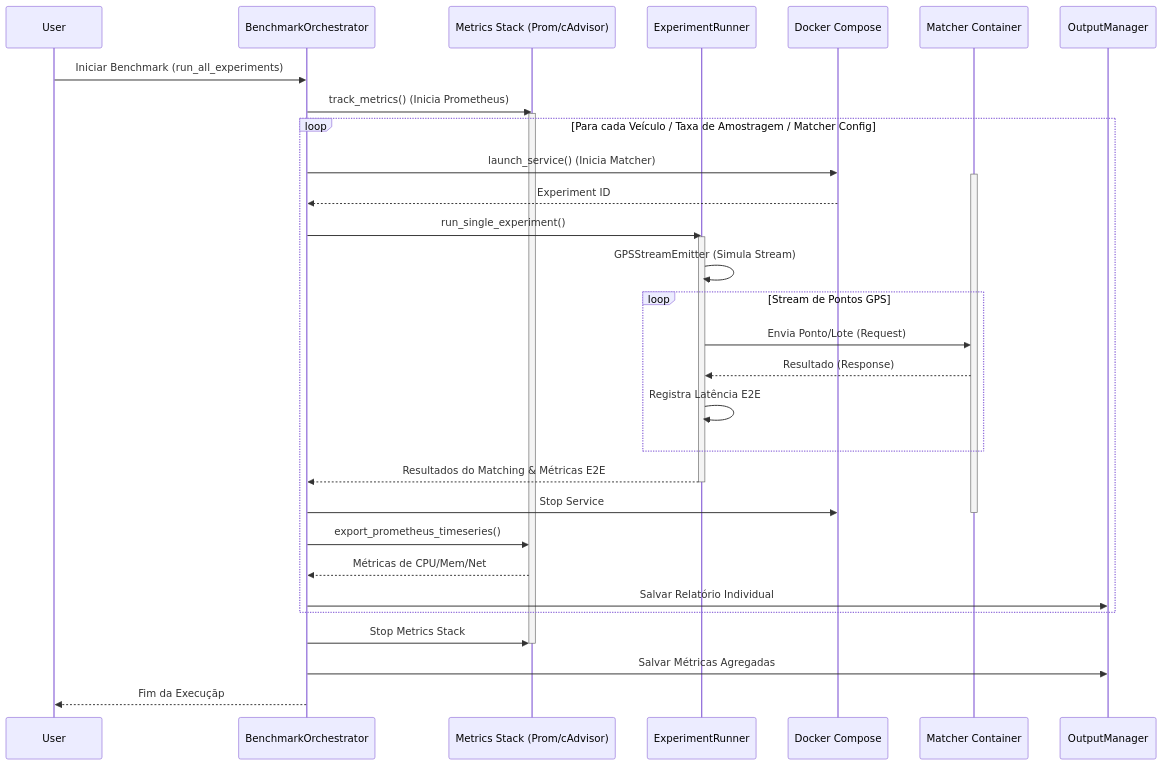
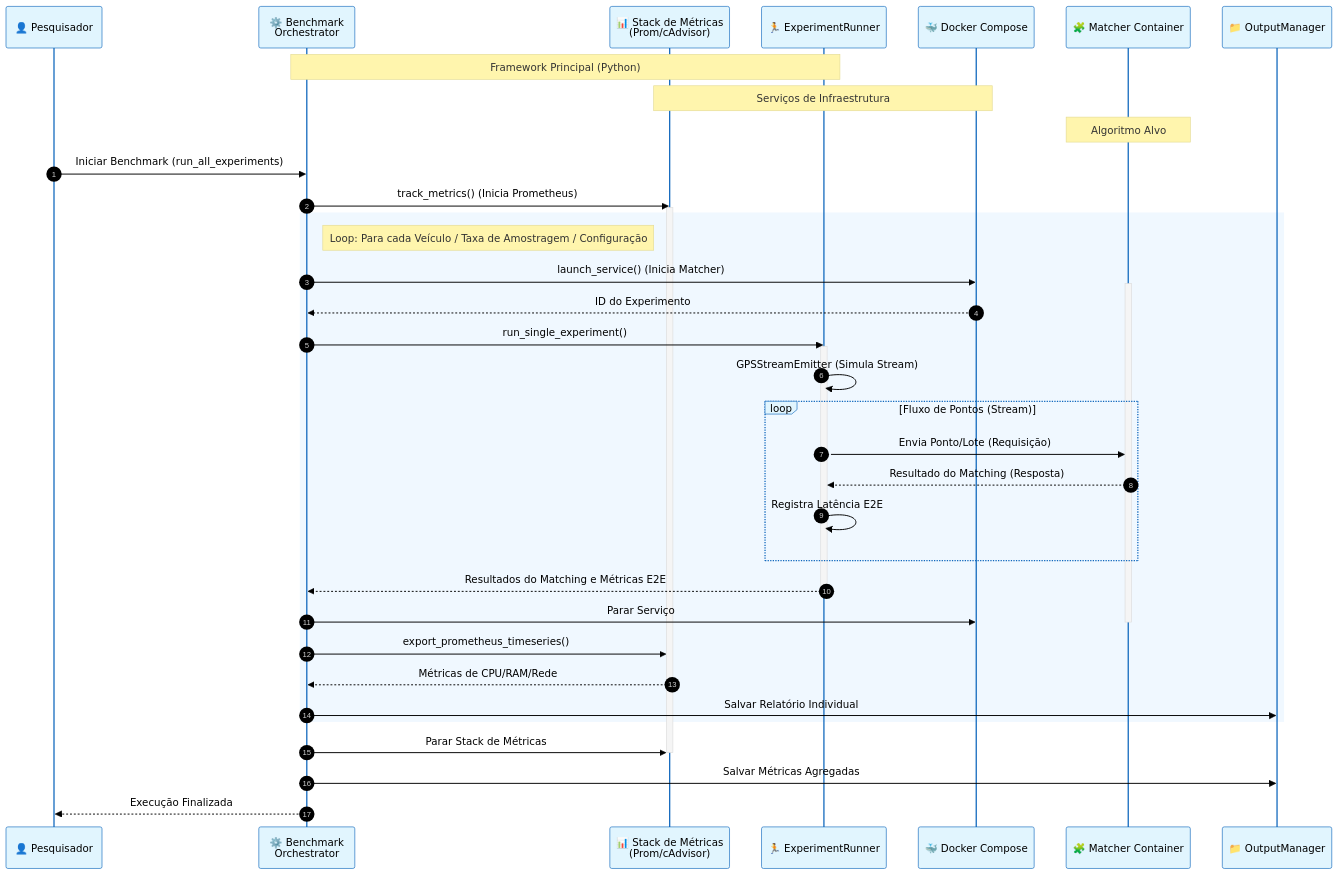
One commit to JoseEdSouza/map-matching changed the first of 6 diagrams in ARQUITETURA.md. Above: the diagram before and after it, drawn with Mermaid. The commit also changed other lines of this file and 2 other files, not shown here.

Commit message:
refactor(gitignore): adiciona regra para ignorar arquivos parciais de métricas refactor(ARQUITETURA.md): atualiza diagramas e legendas para melhor clareza e legibilidade fix(uv.lock): atualiza referência da biblioteca mmlib para o commit mais recente

````diff
--- a/ARQUITETURA.md
+++ b/ARQUITETURA.md
@@ -48,44 +48,67 @@
 ```mermaid
+%%{init: { 'theme': 'base', 'themeVariables': {
+    'primaryColor': '#e1f5fe',
+    'primaryTextColor': '#000',
+    'primaryBorderColor': '#1168bd',
+    'lineColor': '#333',
+    'secondaryColor': '#f5f5f5',
+    'tertiaryColor': '#fff'
+} } }%%
+
 sequenceDiagram
-    participant User
-    participant Orch as BenchmarkOrchestrator
-    participant Stack as Metrics Stack (Prom/cAdvisor)
-    participant Runner as ExperimentRunner
-    participant Docker as Docker Compose
-    participant Matcher as Matcher Container
-    participant Out as OutputManager
+    autonumber
+    
+    %% Participantes com nomes em Português
+    participant User as 👤 Pesquisador
+    participant Orch as ⚙️ Benchmark<br/>Orchestrator
+    participant Stack as 📊 Stack de Métricas<br/>(Prom/cAdvisor)
+    participant Runner as 🏃 ExperimentRunner
+    participant Docker as 🐳 Docker Compose
+    participant Matcher as 🧩 Matcher Container
+    participant Out as 📁 OutputManager
+
+    Note over Orch, Runner: Framework Principal (Python)
+    Note over Stack, Docker: Serviços de Infraestrutura
+    Note over Matcher: Algoritmo Alvo
 
     User->>Orch: Iniciar Benchmark (run_all_experiments)
+    
     Orch->>Stack: track_metrics() (Inicia Prometheus)
     activate Stack
     
-    loop Para cada Veículo / Taxa de Amostragem / Matcher Config
+    rect rgb(240, 248, 255)
+    Note right of Orch: Loop: Para cada Veículo / Taxa de Amostragem / Configuração
+    
         Orch->>Docker: launch_service() (Inicia Matcher)
         activate Matcher
-        Docker-->>Orch: Experiment ID
+        Docker-->>Orch: ID do Experimento
         
         Orch->>Runner: run_single_experiment()
         activate Runner
+        
         Runner->>Runner: GPSStreamEmitter (Simula Stream)
-        loop Stream de Pontos GPS
-            Runner->>Matcher: Envia Ponto/Lote (Request)
-            Matcher-->>Runner: Resultado (Response)
+        
+        loop Fluxo de Pontos (Stream)
+            Runner->>Matcher: Envia Ponto/Lote (Requisição)
+            Matcher-->>Runner: Resultado do Matching (Resposta)
             Runner->>Runner: Registra Latência E2E
         end
-        Runner-->>Orch: Resultados do Matching & Métricas E2E
+        
+        Runner-->>Orch: Resultados do Matching e Métricas E2E
         deactivate Runner
 
-        Orch->>Docker: Stop Service
+        Orch->>Docker: Parar Serviço
         deactivate Matcher
         
         Orch->>Stack: export_prometheus_timeseries()
-        Stack-->>Orch: Métricas de CPU/Mem/Net
+        Stack-->>Orch: Métricas de CPU/RAM/Rede
         
         Orch->>Out: Salvar Relatório Individual
     end
-
-    Orch->>Stack: Stop Metrics Stack
+    
+    Orch->>Stack: Parar Stack de Métricas
     deactivate Stack
+    
     Orch->>Out: Salvar Métricas Agregadas
-    Orch-->>User: Fim da Execuçãp
+    Orch-->>User: Execução Finalizada
 ```
````
